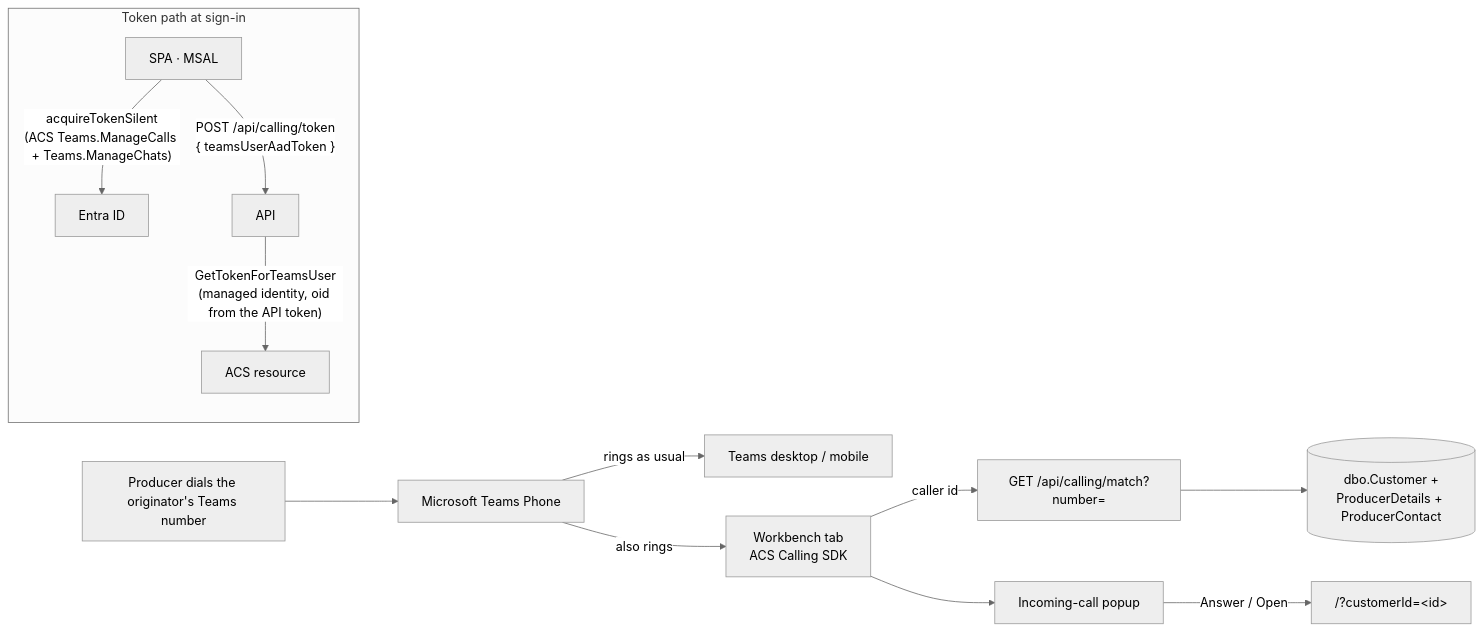
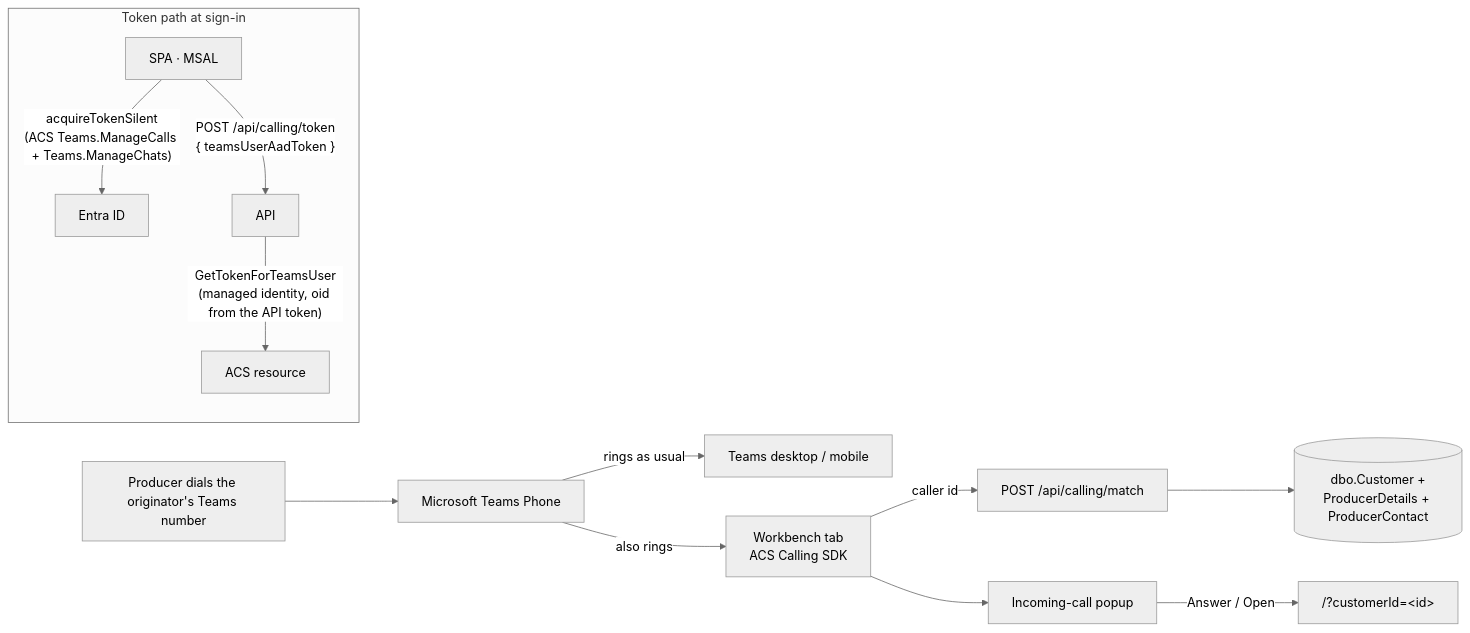
Before and after one commit to GrosseLimace/origination: the diagram in docs/application-context/Incoming Calls.md, drawn with Mermaid (neutral theme). The commit also changed other lines of this file and 14 other files, not shown here.

First line of the commit message:
fix(calling): keep the caller's number out of App Insights and out of QA's console

````diff
--- a/docs/application-context/Incoming Calls.md
+++ b/docs/application-context/Incoming Calls.md
@@ -25,15 +25,15 @@
 ```mermaid
 flowchart LR
     P[Producer dials the originator's Teams number] --> T[Microsoft Teams Phone]
     T -->|rings as usual| D[Teams desktop / mobile]
     T -->|also rings| B[Workbench tab<br/>ACS Calling SDK]
-    B -->|caller id| M["GET /api/calling/match?number="]
+    B -->|caller id| M["POST /api/calling/match"]
     M --> DB[(dbo.Customer +<br/>ProducerDetails + ProducerContact)]
     B --> POP[Incoming-call popup]
     POP -->|Answer / Open| HOME["/?customerId=&lt;id&gt;"]
     subgraph Token path at sign-in
       S[SPA · MSAL] -->|"acquireTokenSilent<br/>(ACS Teams.ManageCalls + Teams.ManageChats)"| E[Entra ID]
       S -->|"POST /api/calling/token<br/>{ teamsUserAadToken }"| API[API]
       API -->|"GetTokenForTeamsUser<br/>(managed identity, oid from the API token)"| ACS[ACS resource]
     end
 ```
````
